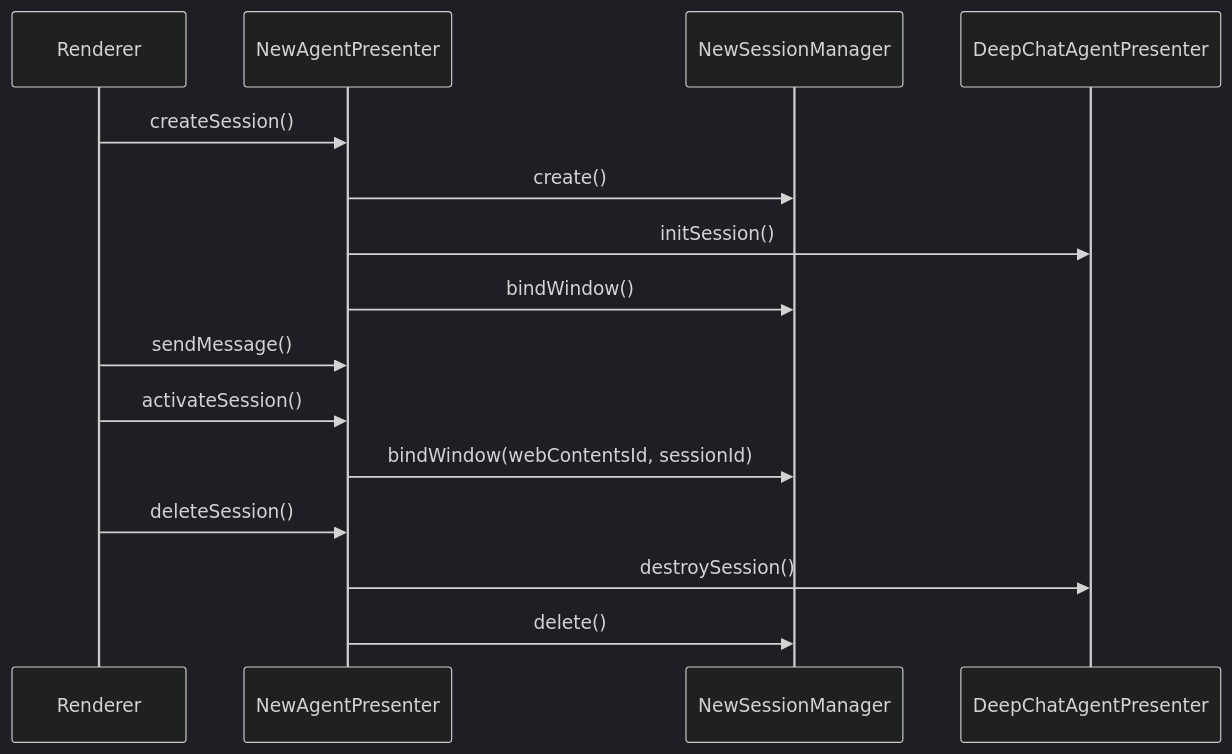
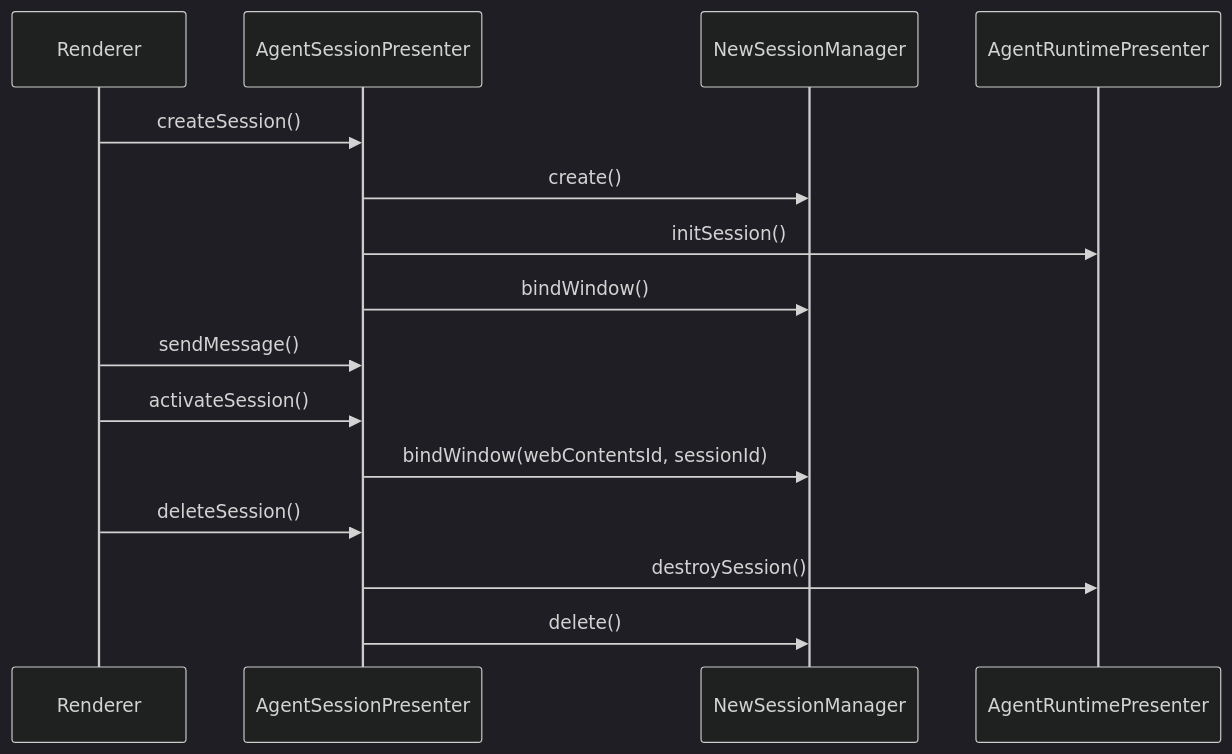
One commit to ThinkInAIXYZ/deepchat changed the diagram in docs/architecture/session-management.md. Above: the diagram before and after it, drawn with Mermaid (dark theme). The commit also changed other lines of this file and 139 other files, not shown here.

Commit message:
refactor(presenter): rename agent presenters

````diff
--- a/docs/architecture/session-management.md
+++ b/docs/architecture/session-management.md
@@ -22,18 +22,18 @@
 ```mermaid
 sequenceDiagram
     participant R as Renderer
-    participant N as NewAgentPresenter
+    participant N as AgentSessionPresenter
     participant S as NewSessionManager
-    participant D as DeepChatAgentPresenter
+    participant D as AgentRuntimePresenter
 
     R->>N: createSession()
     N->>S: create()
     N->>D: initSession()
     N->>S: bindWindow()
     R->>N: sendMessage()
     R->>N: activateSession()
     N->>S: bindWindow(webContentsId, sessionId)
     R->>N: deleteSession()
     N->>D: destroySession()
     N->>S: delete()
 ```
````
